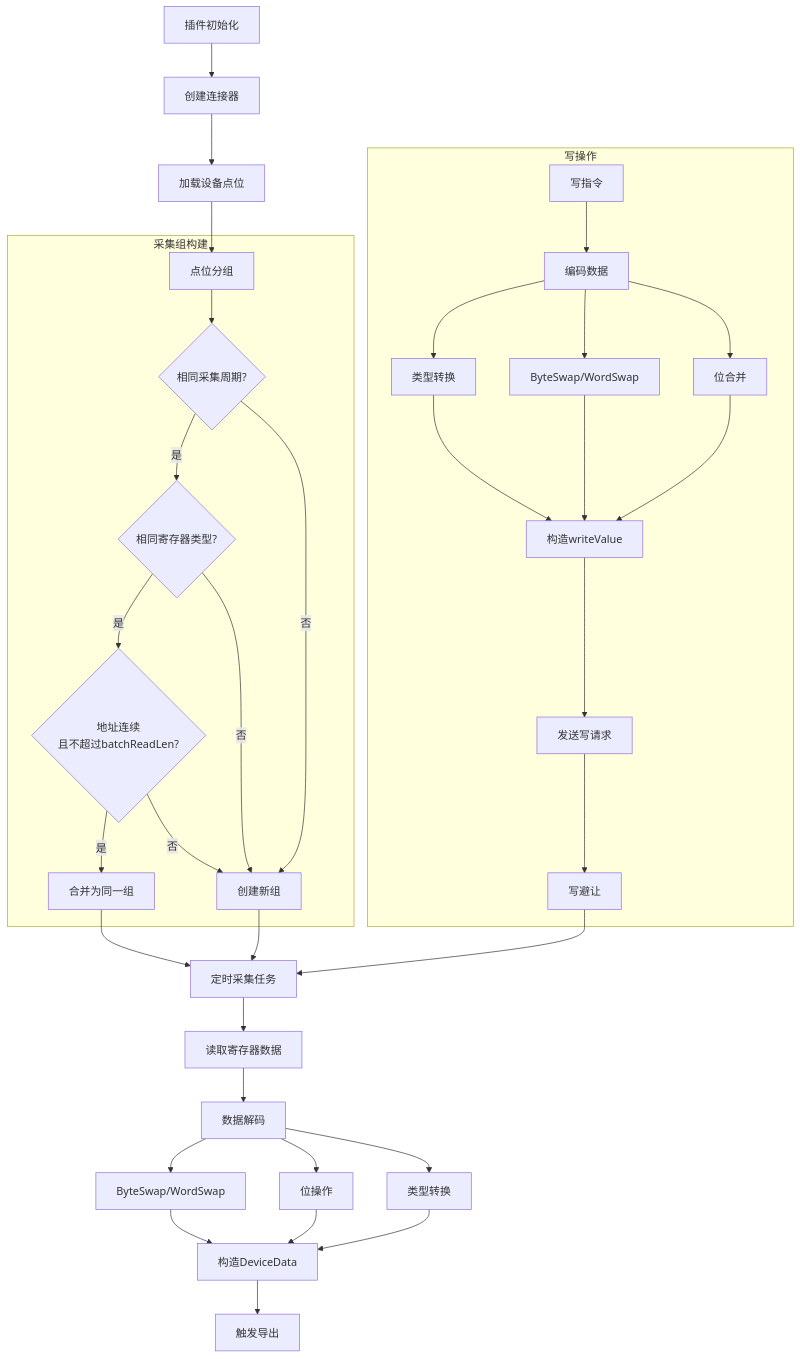
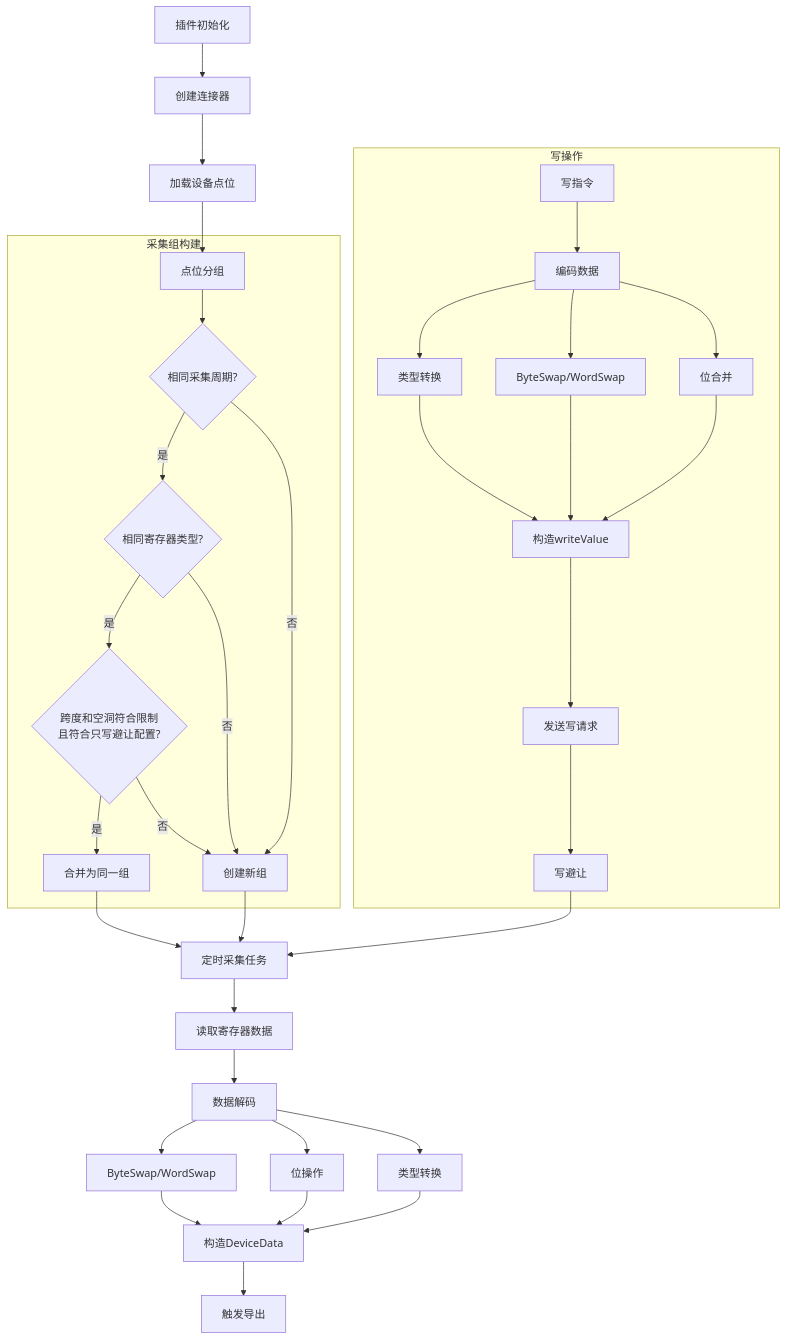
One commit to orglibs/driver-box changed the diagram in pages/src/content/docs/plugins/modbus.mdx. Above: the diagram before and after it, drawn with Mermaid. The commit also changed other lines of this file and 9 other files, not shown here.

````diff
--- a/pages/src/content/docs/plugins/modbus.mdx
+++ b/pages/src/content/docs/plugins/modbus.mdx
@@ -481,43 +518,43 @@
 ```mermaid
 graph TB
     A[插件初始化] --> B[创建连接器]
     B --> C[加载设备点位]
     C --> D[点位分组]
 
     subgraph 采集组构建
         D --> D1{相同采集周期?}
         D1 -->|是| D2{相同寄存器类型?}
-        D2 -->|是| D3{地址连续<br/>且不超过batchReadLen?}
+        D2 -->|是| D3{跨度和空洞符合限制<br/>且符合只写避让配置?}
         D3 -->|是| D4[合并为同一组]
         D3 -->|否| D5[创建新组]
         D2 -->|否| D5
         D1 -->|否| D5
     end
 
     D4 --> E[定时采集任务]
     D5 --> E
 
     E --> F[读取寄存器数据]
     F --> G[数据解码]
     G --> G1[ByteSwap/WordSwap]
     G --> G2[位操作]
     G --> G3[类型转换]
     G1 --> H[构造DeviceData]
     G2 --> H
     G3 --> H
     H --> I[触发导出]
 
     subgraph 写操作
         J[写指令] --> K[编码数据]
         K --> K1[类型转换]
         K --> K2[ByteSwap/WordSwap]
         K --> K3[位合并]
         K1 --> K4[构造writeValue]
         K2 --> K4
         K3 --> K4
         K4 --> L[发送写请求]
         L --> M[写避让]
     end
 
     M --> E
 ```
````
